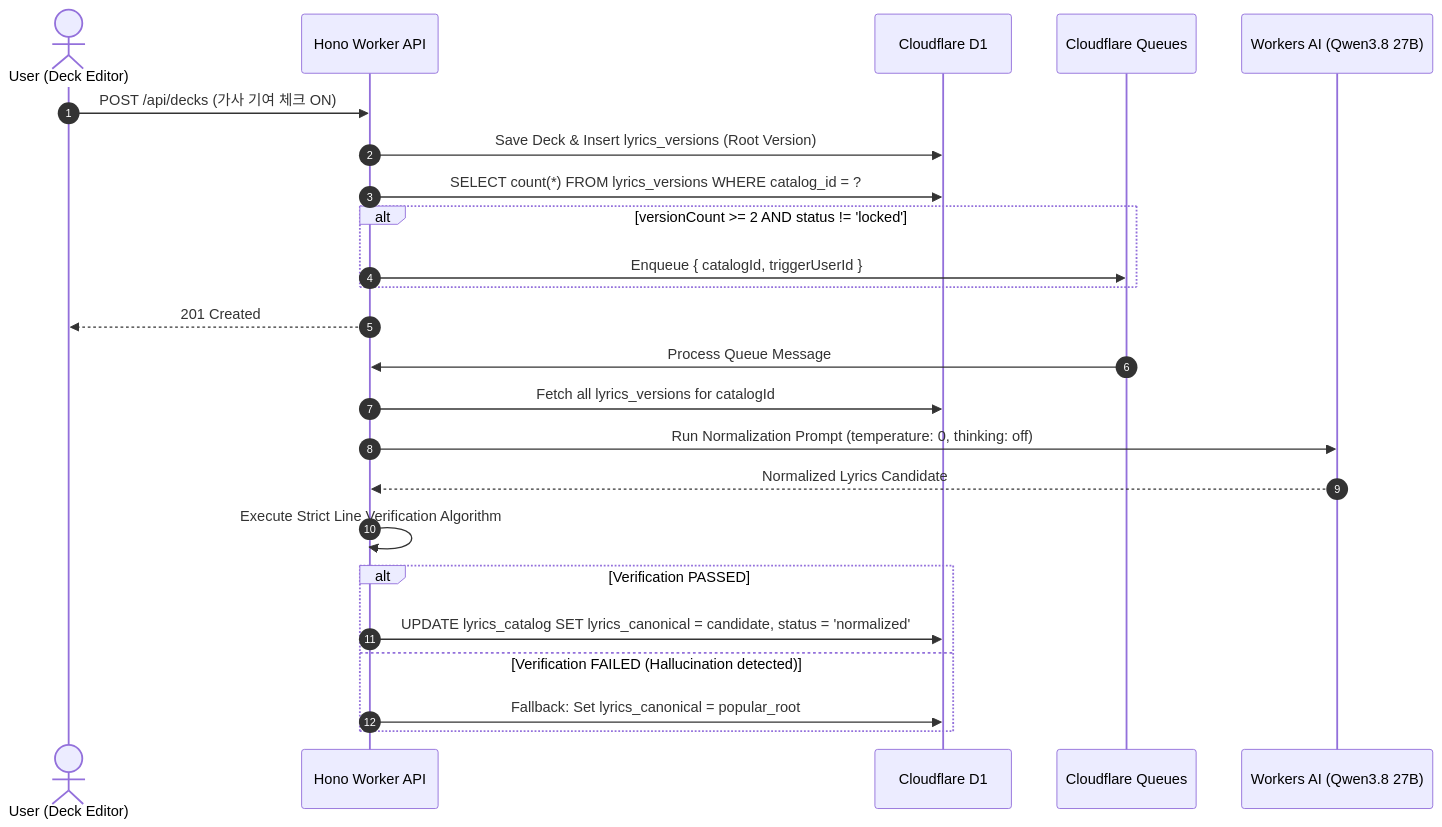
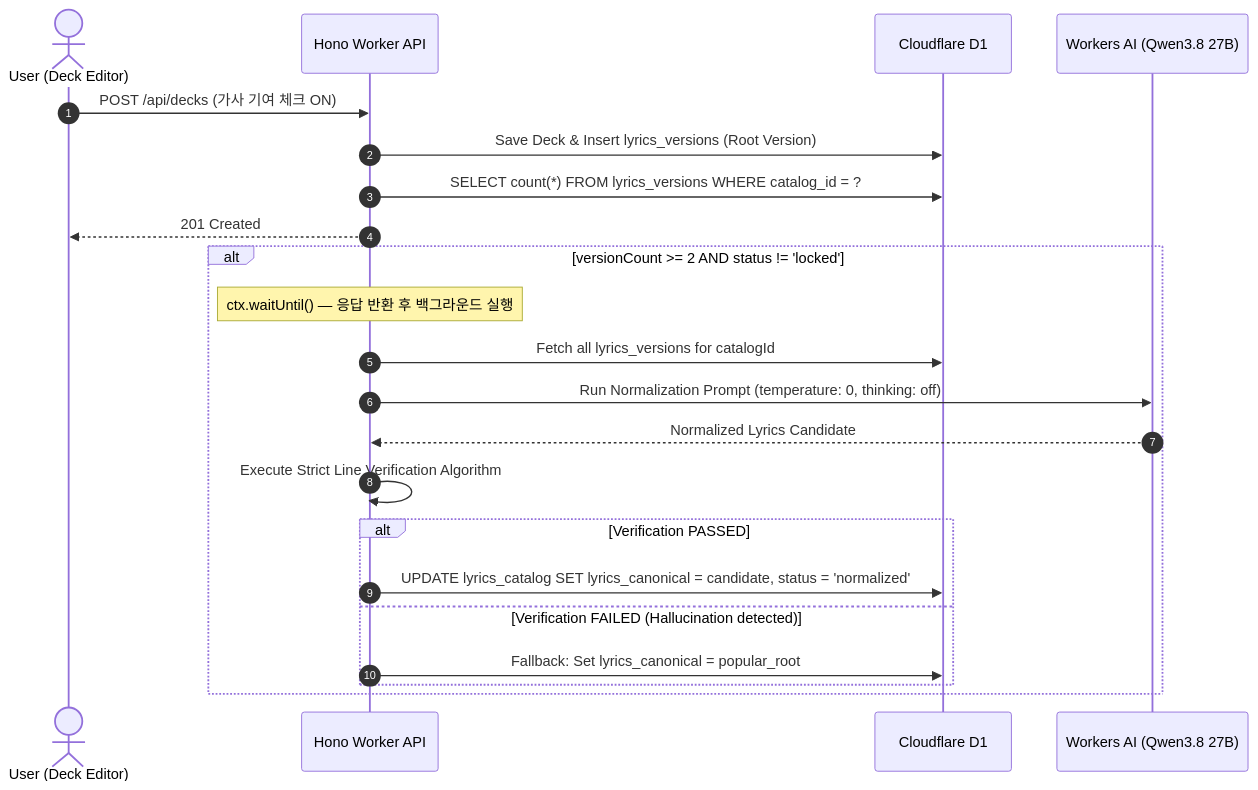
The fourth of 4 diagrams in docs/TECH_SPEC.md (SIKU-KR/BangSongTeam), drawn with Mermaid before and after one commit. The commit also changed other lines of this file and 8 other files, not shown here.

First line of the commit message:
refactor(infra): remove unused lyric-normalization queue binding

````diff
--- a/docs/TECH_SPEC.md
+++ b/docs/TECH_SPEC.md
@@ -993,28 +990,26 @@
 ```mermaid
 sequenceDiagram
   autonumber
   actor User as User (Deck Editor)
   participant API as Hono Worker API
   participant D1 as Cloudflare D1
-  participant Queue as Cloudflare Queues
   participant WorkerAI as Workers AI (Qwen3.8 27B)
 
   User->>API: POST /api/decks (가사 기여 체크 ON)
   API->>D1: Save Deck & Insert lyrics_versions (Root Version)
   API->>D1: SELECT count(*) FROM lyrics_versions WHERE catalog_id = ?
-  alt versionCount >= 2 AND status != 'locked'
-    API->>Queue: Enqueue { catalogId, triggerUserId }
-  end
   API-->>User: 201 Created
 
-  Queue->>API: Process Queue Message
-  API->>D1: Fetch all lyrics_versions for catalogId
-  API->>WorkerAI: Run Normalization Prompt (temperature: 0, thinking: off)
-  WorkerAI-->>API: Normalized Lyrics Candidate
-  API->>API: Execute Strict Line Verification Algorithm
-  alt Verification PASSED
-    API->>D1: UPDATE lyrics_catalog SET lyrics_canonical = candidate, status = 'normalized'
-  else Verification FAILED (Hallucination detected)
-    API->>D1: Fallback: Set lyrics_canonical = popular_root
+  alt versionCount >= 2 AND status != 'locked'
+    Note over API: ctx.waitUntil() — 응답 반환 후 백그라운드 실행
+    API->>D1: Fetch all lyrics_versions for catalogId
+    API->>WorkerAI: Run Normalization Prompt (temperature: 0, thinking: off)
+    WorkerAI-->>API: Normalized Lyrics Candidate
+    API->>API: Execute Strict Line Verification Algorithm
+    alt Verification PASSED
+      API->>D1: UPDATE lyrics_catalog SET lyrics_canonical = candidate, status = 'normalized'
+    else Verification FAILED (Hallucination detected)
+      API->>D1: Fallback: Set lyrics_canonical = popular_root
+    end
   end
 ```
````
